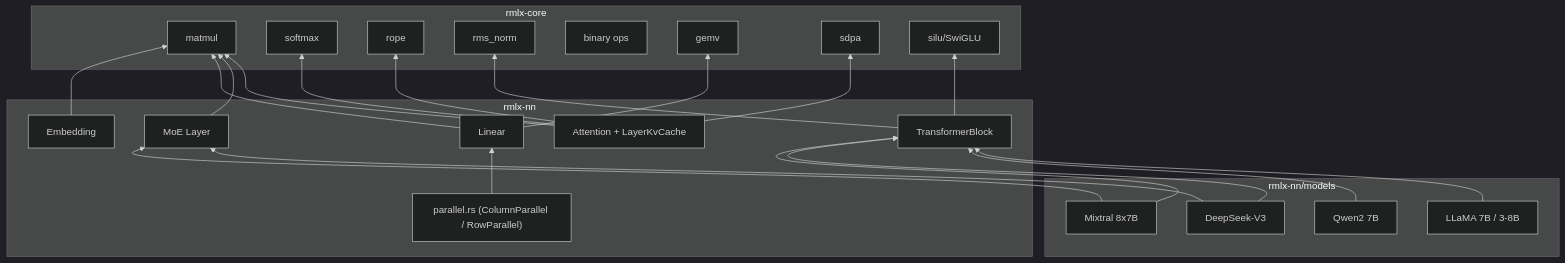
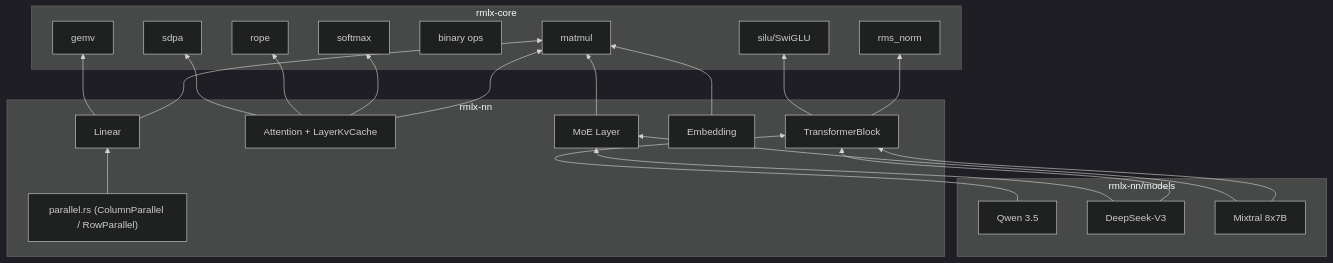
The diagram in docs/crates/rmlx-nn_ko.md (0xDaizz/RMLX), drawn with Mermaid (dark theme) before and after one commit. The commit also changed other lines of this file and 46 other files, not shown here.

````diff
--- a/docs/crates/rmlx-nn_ko.md
+++ b/docs/crates/rmlx-nn_ko.md
@@ -724,48 +713,46 @@
 ```mermaid
 graph BT
     subgraph "rmlx-nn"
         TB[TransformerBlock]
         ATT[Attention + LayerKvCache]
         MOE[MoE Layer]
         EMB[Embedding]
         LIN[Linear]
         PAR["parallel.rs (ColumnParallel / RowParallel)"]
     end
 
     subgraph "rmlx-nn/models"
-        LLAMA[LLaMA 7B / 3-8B]
-        QWEN[Qwen2 7B]
+        QWEN[Qwen 3.5]
         DS[DeepSeek-V3]
         MIX[Mixtral 8x7B]
     end
 
     subgraph "rmlx-core"
         MATMUL[matmul]
         SOFTMAX[softmax]
         ROPE[rope]
         RMSNORM[rms_norm]
         BINARY[binary ops]
         GEMV[gemv]
         SDPA[sdpa]
         SILU[silu/SwiGLU]
     end
 
     ATT --> MATMUL
     ATT --> SOFTMAX
     ATT --> ROPE
     ATT --> SDPA
     MOE --> MATMUL
     LIN --> MATMUL
     LIN --> GEMV
     PAR --> LIN
     TB --> RMSNORM
     TB --> SILU
     EMB --> MATMUL
 
-    LLAMA --> TB
     QWEN --> TB
     DS --> TB
     DS --> MOE
     MIX --> TB
     MIX --> MOE
 ```
````
